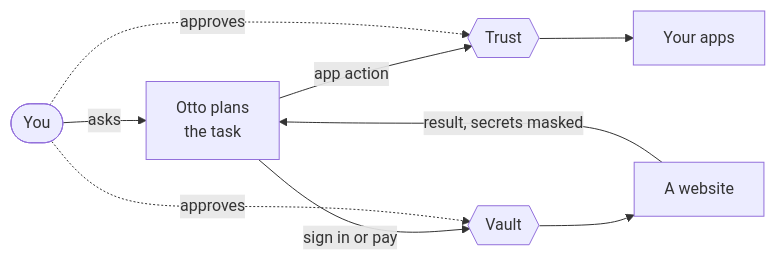
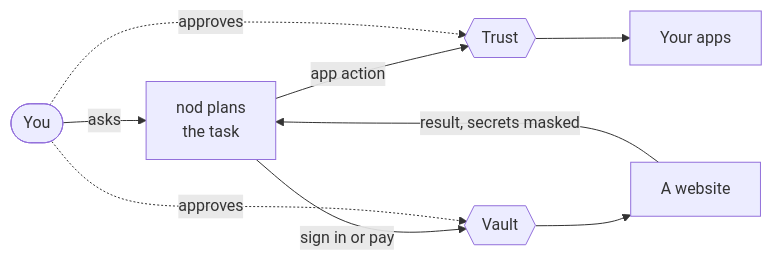
One commit to KrishBhimani/nod changed the diagram in docs/src/content/docs/trust/index.mdx. Above: the diagram before and after it, drawn with Mermaid. The commit also changed other lines of this file and 380 other files, not shown here.

Commit message:
feat!: rename Otto to nod (#398)

````diff
--- a/docs/src/content/docs/trust/index.mdx
+++ b/docs/src/content/docs/trust/index.mdx
@@ -52,16 +52,16 @@
 ```mermaid
 flowchart LR
   you([You]):::accent
-  model[Otto plans<br/>the task]
+  model[nod plans<br/>the task]
   trust{{Trust}}:::accent
   vault{{Vault}}:::accent
   apps[Your apps]
   site[A website]
 
   you -- asks --> model
   model -- app action --> trust --> apps
   model -- sign in or pay --> vault --> site
   you -. approves .-> trust
   you -. approves .-> vault
   site -- result, secrets masked --> model
 ```
````
